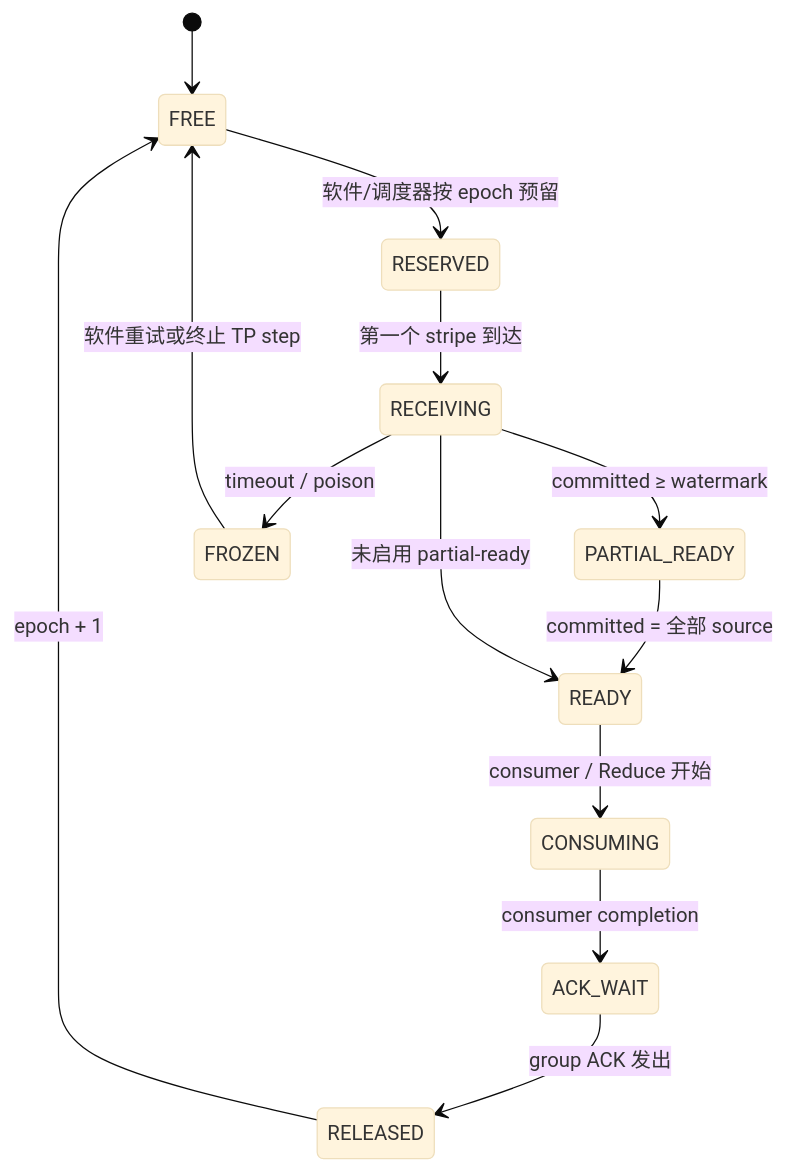
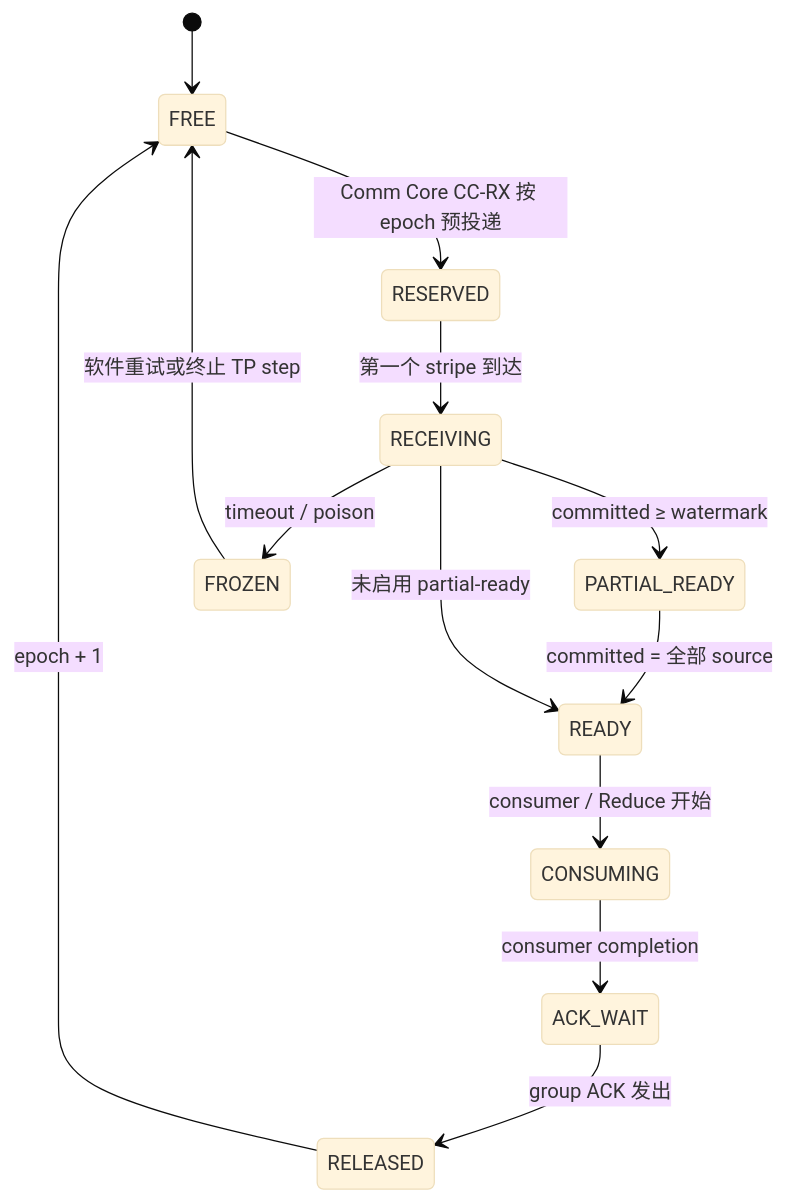
The fourth of 4 diagrams in teams/hardware/docs/07_COLLECTIVE_RDMA.md (xqdan/xihu), drawn with Mermaid (base theme) before and after one commit. The commit also changed other lines of this file and 25 other files, not shown here.

First line of the commit message:
Add Comm Core (HW-07): hardware-triggered collective control path with memory semantics

````diff
--- a/teams/hardware/docs/07_COLLECTIVE_RDMA.md
+++ b/teams/hardware/docs/07_COLLECTIVE_RDMA.md
@@ -139,15 +143,15 @@
 ```mermaid
 stateDiagram-v2
   [*] --> FREE
-  FREE --> RESERVED: 软件/调度器按 epoch 预留
+  FREE --> RESERVED: Comm Core CC-RX 按 epoch 预投递
   RESERVED --> RECEIVING: 第一个 stripe 到达
   RECEIVING --> PARTIAL_READY: committed ≥ watermark
   PARTIAL_READY --> READY: committed = 全部 source
   RECEIVING --> READY: 未启用 partial-ready
   READY --> CONSUMING: consumer / Reduce 开始
   CONSUMING --> ACK_WAIT: consumer completion
   ACK_WAIT --> RELEASED: group ACK 发出
   RELEASED --> FREE: epoch + 1
   RECEIVING --> FROZEN: timeout / poison
   FROZEN --> FREE: 软件重试或终止 TP step
 ```
````
